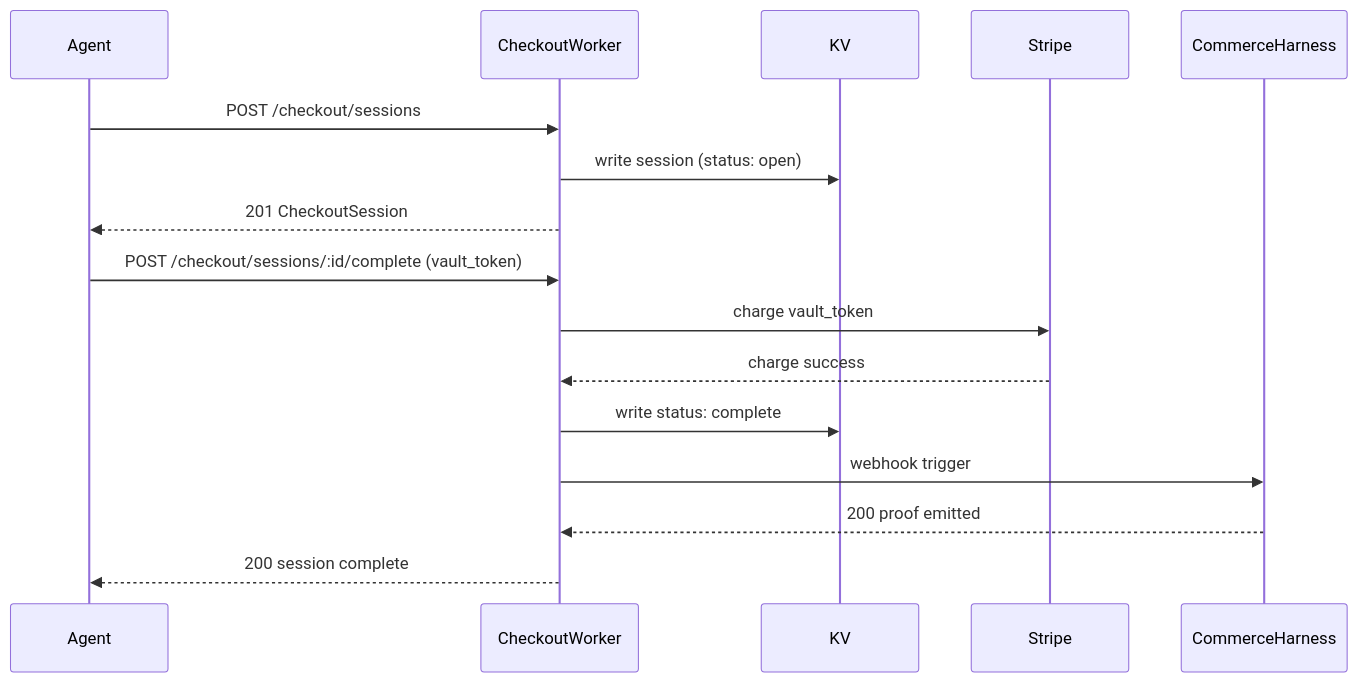
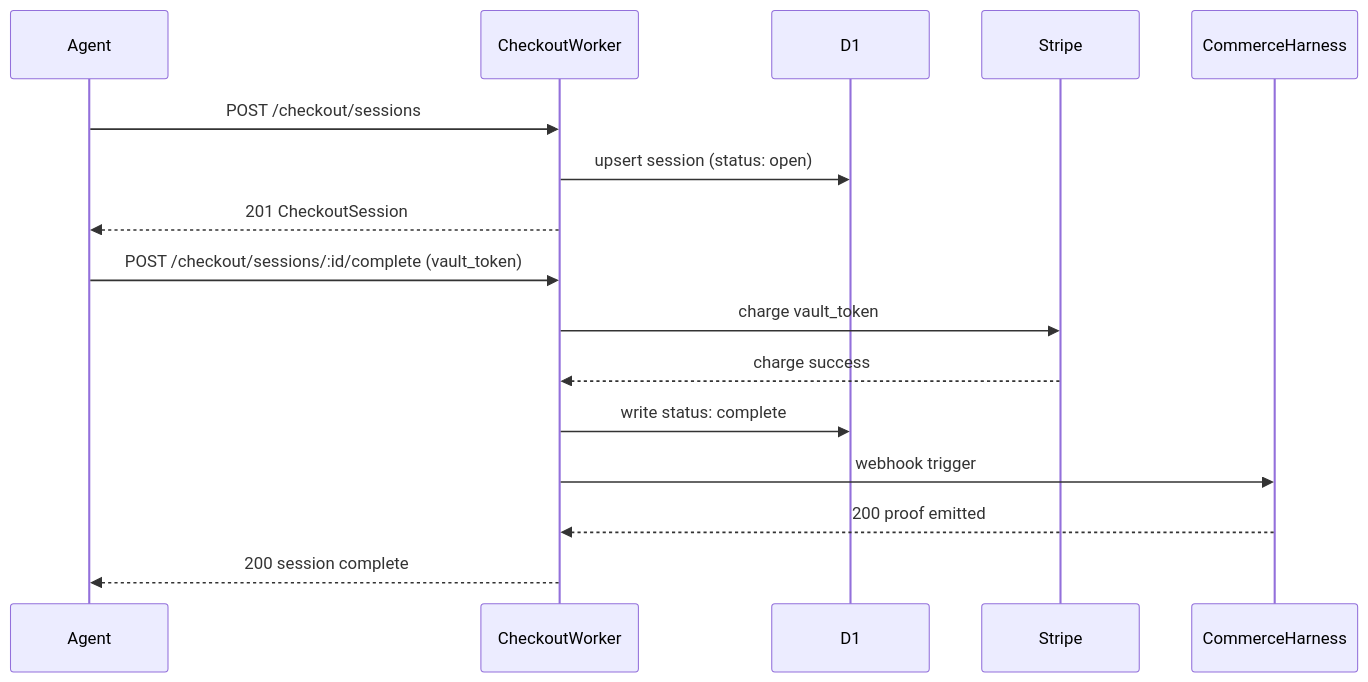
Before and after one commit to huijoohwee/knowgrph: the second of 3 diagrams in docs/documents/knowgrph-agentic-commerce-prd-tad.md, drawn with Mermaid. The commit also changed other lines of this file and 88 other files, not shown here.

````diff
--- a/docs/documents/knowgrph-agentic-commerce-prd-tad.md
+++ b/docs/documents/knowgrph-agentic-commerce-prd-tad.md
@@ -491,20 +490,20 @@
 ```mermaid
 sequenceDiagram
     participant Agent
     participant CheckoutWorker
-    participant KV
+    participant D1
     participant Stripe
     participant CommerceHarness
 
     Agent->>CheckoutWorker: POST /checkout/sessions
-    CheckoutWorker->>KV: write session (status: open)
+    CheckoutWorker->>D1: upsert session (status: open)
     CheckoutWorker-->>Agent: 201 CheckoutSession
 
     Agent->>CheckoutWorker: POST /checkout/sessions/:id/complete (vault_token)
     CheckoutWorker->>Stripe: charge vault_token
     Stripe-->>CheckoutWorker: charge success
-    CheckoutWorker->>KV: write status: complete
+    CheckoutWorker->>D1: write status: complete
     CheckoutWorker->>CommerceHarness: webhook trigger
     CommerceHarness-->>CheckoutWorker: 200 proof emitted
     CheckoutWorker-->>Agent: 200 session complete
 ```
````
